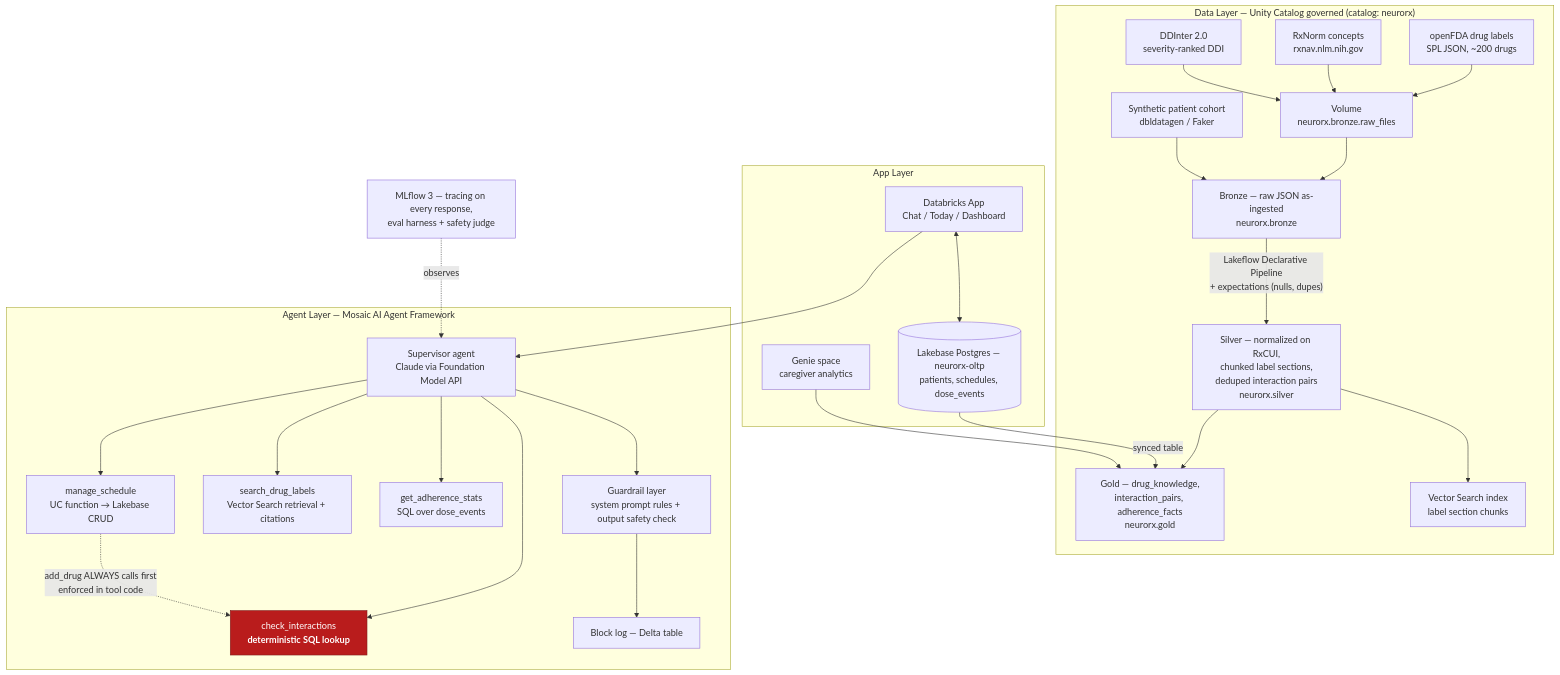
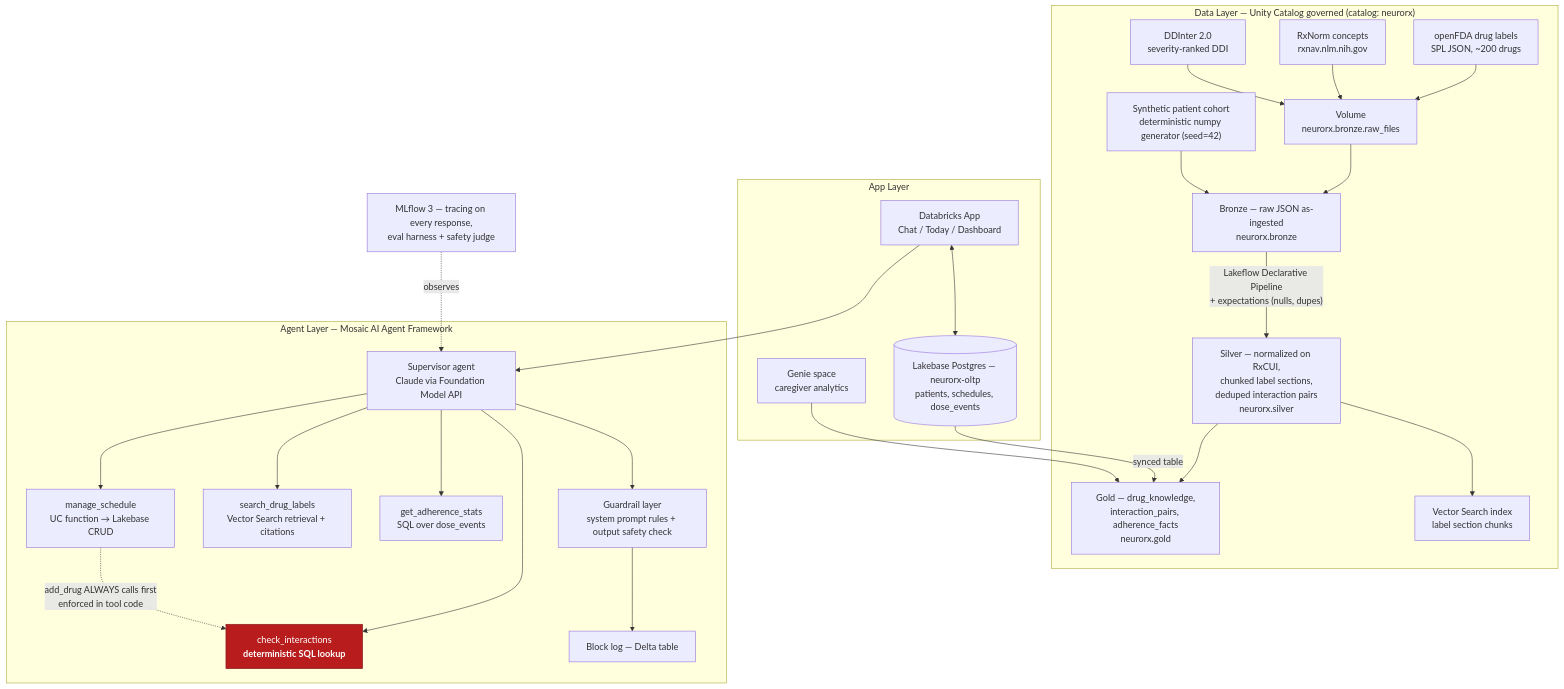
Before and after one commit to 0XSreekar/NeuroRx-AI-: the diagram in ARCHITECTURE.md, drawn with Mermaid. The commit also changed other lines of this file and 2 other files, not shown here.

Commit message:
docs: record audit findings, local demo path, and correct two stale claims
CLAUDE.md gains the full-project audit writeup, the local demo runbook
summary, and the Task 1.4 fix history.

Two real doc-vs-code drifts corrected:
- README and ARCHITECTURE claimed the synthetic cohort uses dbldatagen/Faker.
  It is a deterministic numpy generator and always has been.
- The git status note claimed one commit with everything since uncommitted,
  which is no longer true.

````diff
--- a/ARCHITECTURE.md
+++ b/ARCHITECTURE.md
@@ -44,38 +44,38 @@
 ```mermaid
 flowchart TB
     subgraph Data["Data Layer — Unity Catalog governed (catalog: neurorx)"]
         A["openFDA drug labels<br/>SPL JSON, ~200 drugs"] --> V
         A2["RxNorm concepts<br/>rxnav.nlm.nih.gov"] --> V
         A3["DDInter 2.0<br/>severity-ranked DDI"] --> V
         V["Volume<br/>neurorx.bronze.raw_files"] --> B
-        A4["Synthetic patient cohort<br/>dbldatagen / Faker"] --> B
+        A4["Synthetic patient cohort<br/>deterministic numpy generator (seed=42)"] --> B
         B["Bronze — raw JSON as-ingested<br/>neurorx.bronze"]
         B -->|"Lakeflow Declarative Pipeline<br/>+ expectations (nulls, dupes)"| C
         C["Silver — normalized on RxCUI,<br/>chunked label sections,<br/>deduped interaction pairs<br/>neurorx.silver"]
         C --> D["Gold — drug_knowledge,<br/>interaction_pairs, adherence_facts<br/>neurorx.gold"]
         C --> E["Vector Search index<br/>label section chunks"]
     end
 
     subgraph Agent["Agent Layer — Mosaic AI Agent Framework"]
         S["Supervisor agent<br/>Claude via Foundation Model API"]
         S --> T1["manage_schedule<br/>UC function → Lakebase CRUD"]
         S --> T2["search_drug_labels<br/>Vector Search retrieval + citations"]
         S --> T3["check_interactions<br/><b>deterministic SQL lookup</b>"]
         S --> T4["get_adherence_stats<br/>SQL over dose_events"]
         T1 -.->|"add_drug ALWAYS calls first<br/>enforced in tool code"| T3
         S --> G["Guardrail layer<br/>system prompt rules + output safety check"]
         G --> BL["Block log — Delta table"]
     end
 
     subgraph App["App Layer"]
         U["Databricks App<br/>Chat / Today / Dashboard"] --> S
         U <--> L[("Lakebase Postgres — neurorx-oltp<br/>patients, schedules, dose_events")]
         L -->|"synced table"| D
         GE["Genie space<br/>caregiver analytics"] --> D
     end
 
     M["MLflow 3 — tracing on every response,<br/>eval harness + safety judge"] -.observes.-> S
 
     classDef det fill:#b91c1c,stroke:#7f1d1d,color:#fff
     class T3 det
 ```
````
